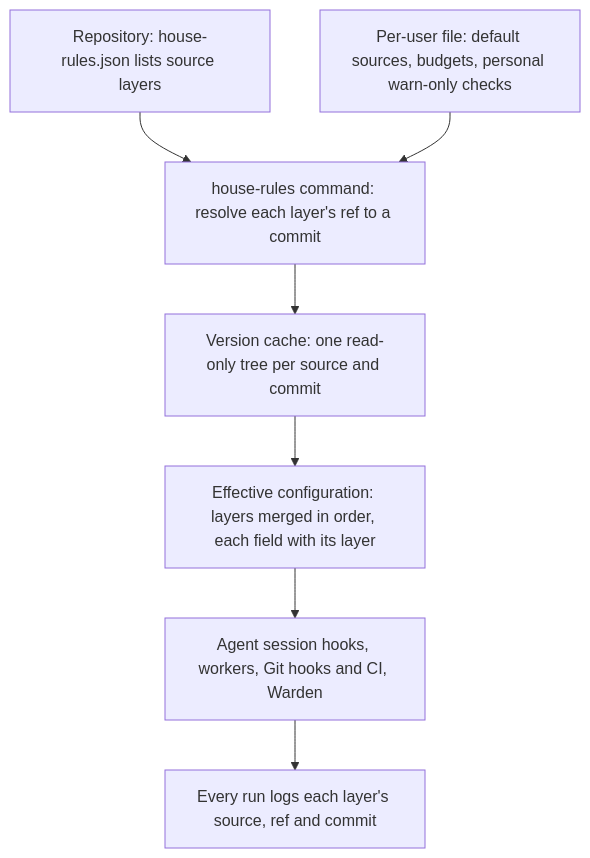
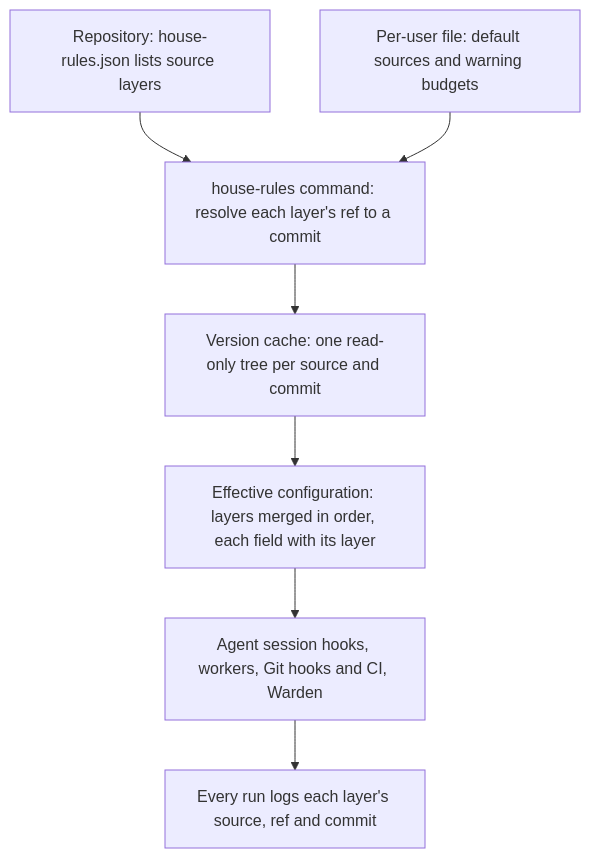
The diagram in docs/design/218-layered-configuration.md (symbiotic-build/house-rules), drawn with Mermaid before and after one commit. The commit also changed other lines of this file, not shown here.

````diff
--- a/docs/design/218-layered-configuration.md
+++ b/docs/design/218-layered-configuration.md
@@ -15,9 +15,9 @@
 ```mermaid
 flowchart TD
     A["Repository: house-rules.json lists source layers"] --> B["house-rules command: resolve each layer's ref to a commit"]
-    G["Per-user file: default sources, budgets, personal warn-only checks"] --> B
+    G["Per-user file: default sources and warning budgets"] --> B
     B --> C["Version cache: one read-only tree per source and commit"]
     C --> D["Effective configuration: layers merged in order, each field with its layer"]
     D --> E["Agent session hooks, workers, Git hooks and CI, Warden"]
     E --> F["Every run logs each layer's source, ref and commit"]
 ```
````
